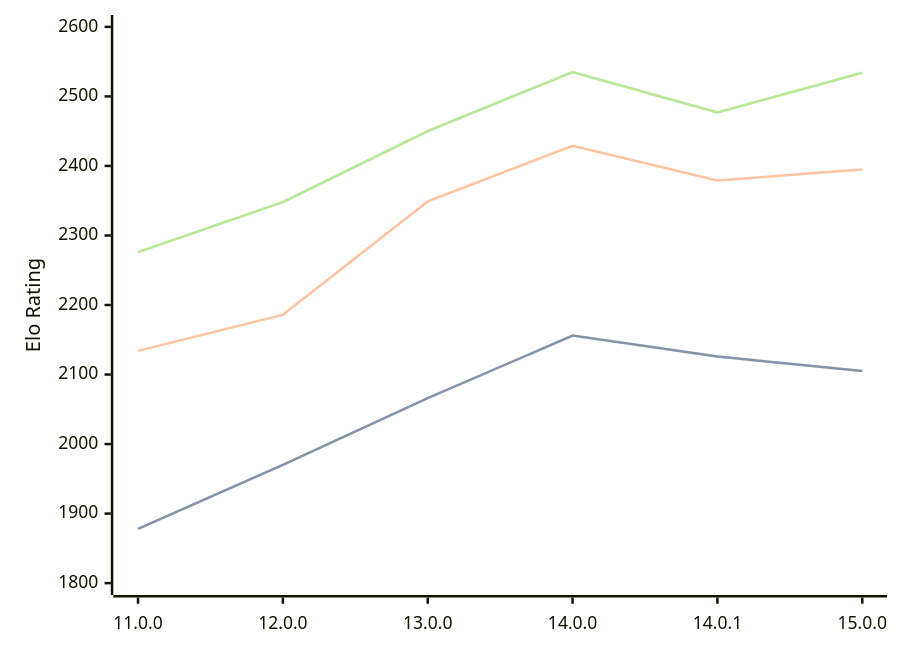
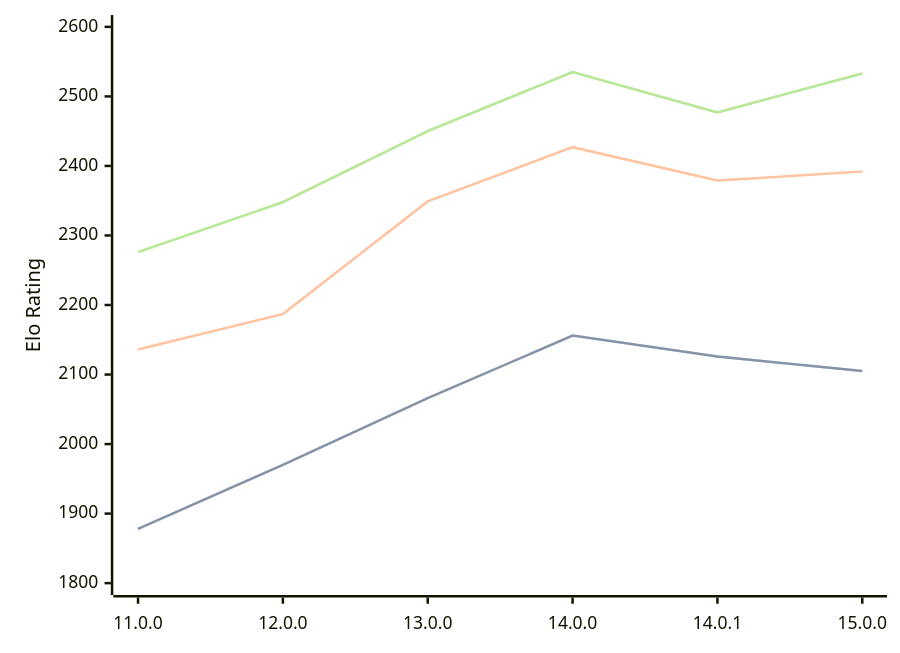
The diagram in engines/Cepimetheus.md (computer-chess-index/cci), drawn with Mermaid before and after one commit. The commit also changed other lines of this file, not shown here.

Commit message:
Update CCI Ratings (ELO VLTC) - 2026-08-19

````diff
--- a/engines/Cepimetheus.md
+++ b/engines/Cepimetheus.md
@@ -66,11 +66,11 @@
 ```mermaid
 %%{init: {"theme":"base","themeVariables":{"seriesColors:['#a3a3a3','#222221','#faa371']}}}%%
 xychart-beta
   x-axis ["11.0.0", "12.0.0", "13.0.0", "14.0.0", "14.0.1", "15.0.0"]
   y-axis "Elo Rating" 1800 --> 2600
   line "STC (8.0+0.08s)" [1878, 1970, 2066, 2156, 2126, 2105]
   line "STC (8.0+0.08s)" [1878, 1970, 2066, 2156, 2126, 2105]
-  line "LTC (60.0+0.60s)" [2134, 2186, 2349, 2429, 2379, 2395]
-  line "VLTC (2m24s+1.12s)" [2276, 2348, 2450, 2535, 2477, 2534]
-  line "VLTC (2m24s+1.12s)" [2276, 2348, 2450, 2535, 2477, 2534]
+  line "LTC (60.0+0.60s)" [2136, 2187, 2349, 2427, 2379, 2392]
+  line "VLTC (2m24s+1.12s)" [2276, 2348, 2450, 2535, 2477, 2533]
+  line "VLTC (2m24s+1.12s)" [2276, 2348, 2450, 2535, 2477, 2533]
 ```
````
